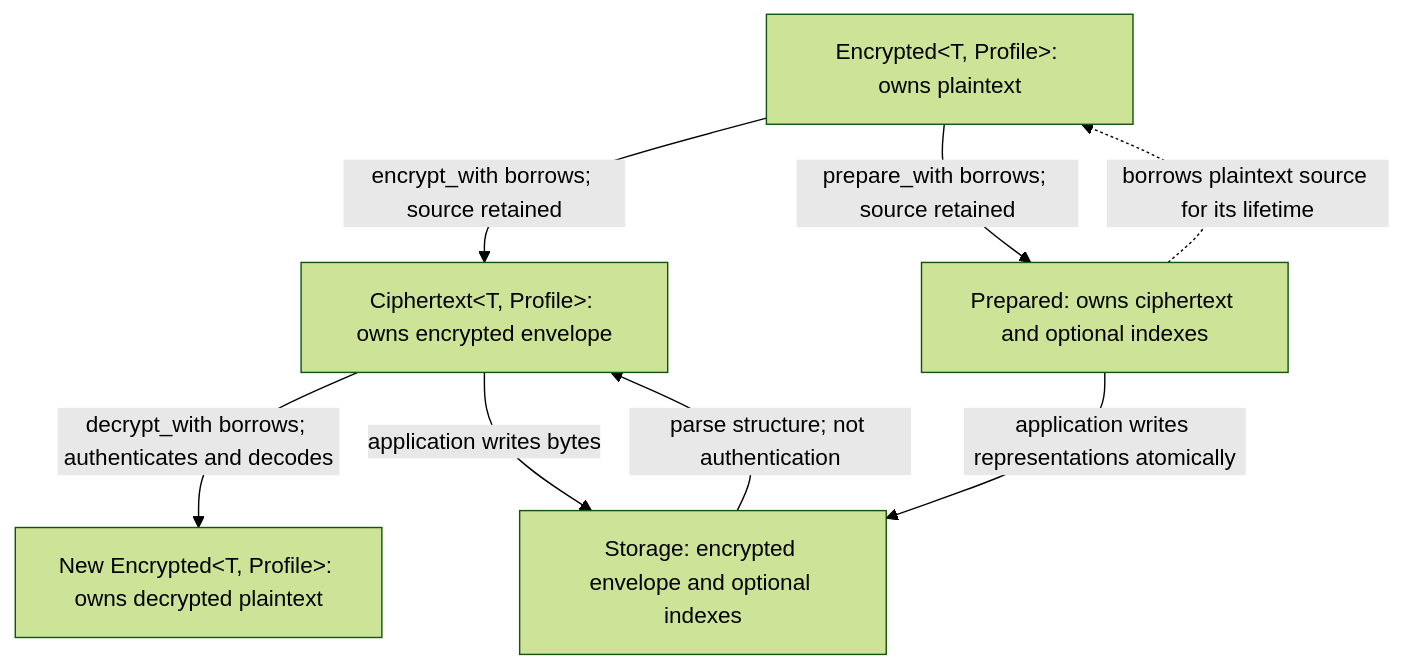
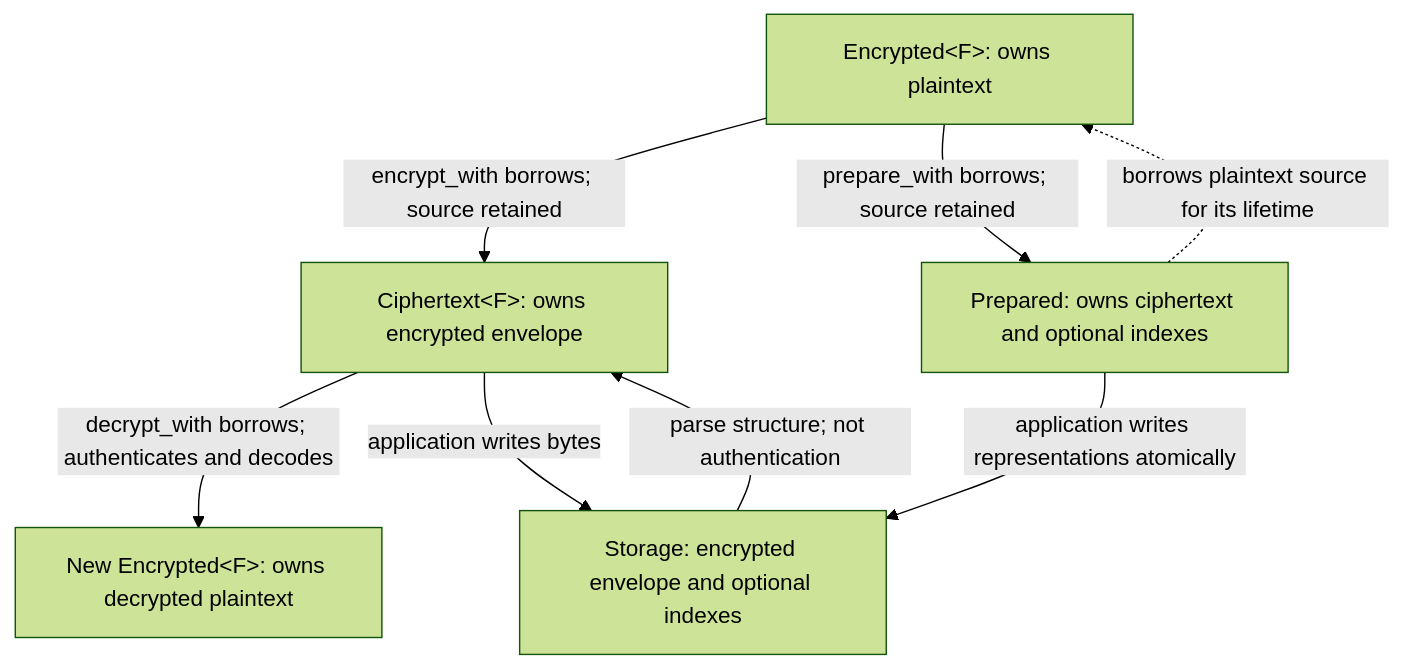
Before and after one commit to sagikazarmark/cryptbox: the diagram in docs/diagrams/lifecycle.mmd, drawn with Mermaid (forest theme). The commit also changed 74 other files, not shown here.

```diff
--- a/docs/diagrams/lifecycle.mmd
+++ b/docs/diagrams/lifecycle.mmd
@@ -1,13 +1,13 @@
 flowchart TB
-    E["Encrypted&lt;T, Profile&gt;: owns plaintext"]
-    C["Ciphertext&lt;T, Profile&gt;: owns encrypted envelope"]
-    D["New Encrypted&lt;T, Profile&gt;: owns decrypted plaintext"]
+    E["Encrypted&lt;F&gt;: owns plaintext"]
+    C["Ciphertext&lt;F&gt;: owns encrypted envelope"]
+    D["New Encrypted&lt;F&gt;: owns decrypted plaintext"]
     P["Prepared: owns ciphertext and optional indexes"]
     S["Storage: encrypted envelope and optional indexes"]
     E -->|"encrypt_with borrows; source retained"| C
     C -->|"decrypt_with borrows; authenticates and decodes"| D
     E -->|"prepare_with borrows; source retained"| P
     P -.->|"borrows plaintext source for its lifetime"| E
     P -->|"application writes representations atomically"| S
     C -->|"application writes bytes"| S
     S -->|"parse structure; not authentication"| C
```
